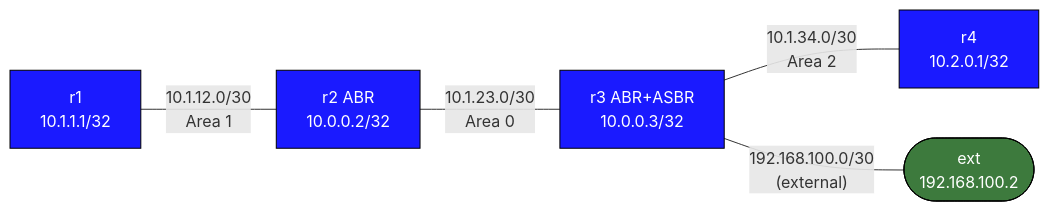
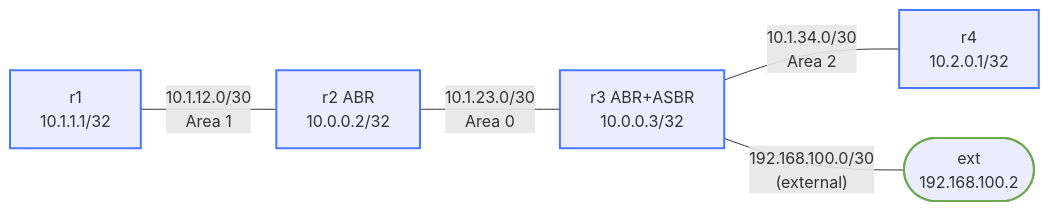
One commit to jschless/networkingLabs changed the diagram in labs/ospf-summarization/README.md. Above: the diagram before and after it, drawn with Mermaid. The commit also changed 250 other files, not shown here.

Commit message:
Fix unreadable topology diagrams, convert ASCII art, publish assessments (#57)

````diff
--- a/labs/ospf-summarization/README.md
+++ b/labs/ospf-summarization/README.md
@@ -12,18 +12,18 @@
 ```mermaid
 flowchart LR
-    r1["r1\n10.1.1.1/32"]
-    r2["r2 ABR\n10.0.0.2/32"]
-    r3["r3 ABR+ASBR\n10.0.0.3/32"]
-    r4["r4\n10.2.0.1/32"]
-    ext(["ext\n192.168.100.2"])
+    r1["r1<br/>10.1.1.1/32"]
+    r2["r2 ABR<br/>10.0.0.2/32"]
+    r3["r3 ABR+ASBR<br/>10.0.0.3/32"]
+    r4["r4<br/>10.2.0.1/32"]
+    ext(["ext<br/>192.168.100.2"])
 
-    r1 -- "10.1.12.0/30\nArea 1" --- r2
-    r2 -- "10.1.23.0/30\nArea 0" --- r3
-    r3 -- "10.1.34.0/30\nArea 2" --- r4
-    r3 -- "192.168.100.0/30\n(external)" --- ext
+    r1 -- "10.1.12.0/30<br/>Area 1" --- r2
+    r2 -- "10.1.23.0/30<br/>Area 0" --- r3
+    r3 -- "10.1.34.0/30<br/>Area 2" --- r4
+    r3 -- "192.168.100.0/30<br/>(external)" --- ext
 
-    classDef router fill:#1a1aff,color:#fff,stroke:#000
-    classDef host   fill:#3d7a3d,color:#fff,stroke:#000
+    classDef router stroke:#4778ff,stroke-width:2px
+    classDef host stroke:#6aa84f,stroke-width:2px
     class r1,r2,r3,r4 router
     class ext host
 ```
````
